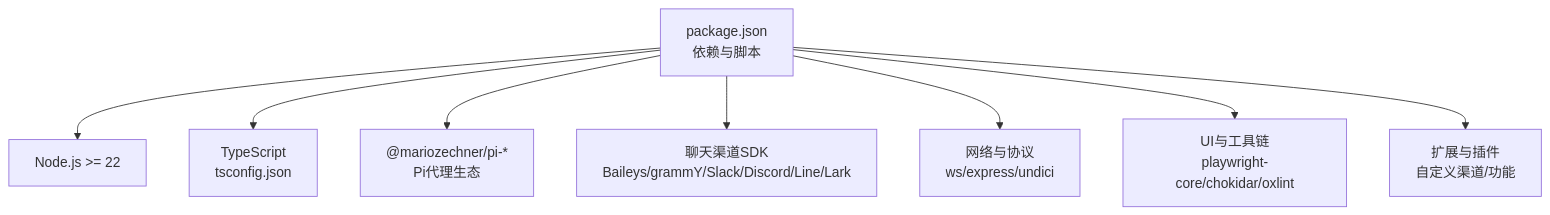
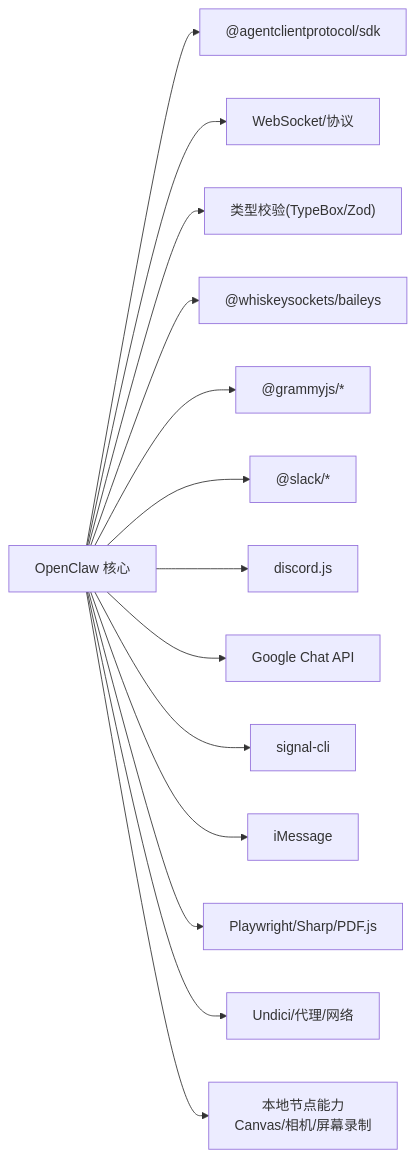
The fifth of 5 diagrams in .qoder/repowiki/zh/content/项目概述/项目概述.md (HACK-WU/openclaw), drawn with Mermaid before and after one commit. The commit also changed other lines of this file and 549 other files, not shown here.

````diff
--- a/.qoder/repowiki/zh/content/项目概述/项目概述.md
+++ b/.qoder/repowiki/zh/content/项目概述/项目概述.md
@@ -251,10 +268,16 @@
 ```mermaid
-graph TB
-P["package.json<br/>依赖与脚本"] --> N["Node.js >= 22"]
-P --> T["TypeScript<br/>tsconfig.json"]
-P --> C["@mariozechner/pi-*<br/>Pi代理生态"]
-P --> CH["聊天渠道SDK<br/>Baileys/grammY/Slack/Discord/Line/Lark"]
-P --> NET["网络与协议<br/>ws/express/undici"]
-P --> UI["UI与工具链<br/>playwright-core/chokidar/oxlint"]
-P --> EXT["扩展与插件<br/>自定义渠道/功能"]
+graph LR
+OPENCLAW["OpenClaw 核心"] --> SDK["@agentclientprotocol/sdk"]
+OPENCLAW --> WS["WebSocket/协议"]
+OPENCLAW --> VALID["类型校验(TypeBox/Zod)"]
+OPENCLAW --> CH_WA["@whiskeysockets/baileys"]
+OPENCLAW --> CH_TG["@grammyjs/*"]
+OPENCLAW --> CH_SL["@slack/*"]
+OPENCLAW --> CH_DC["discord.js"]
+OPENCLAW --> CH_GC["Google Chat API"]
+OPENCLAW --> CH_SIG["signal-cli"]
+OPENCLAW --> CH_IM["iMessage"]
+OPENCLAW --> MEDIA["Playwright/Sharp/PDF.js"]
+OPENCLAW --> NET["Undici/代理/网络"]
+OPENCLAW --> NODE["本地节点能力<br/>Canvas/相机/屏幕录制"]
 ```
````
